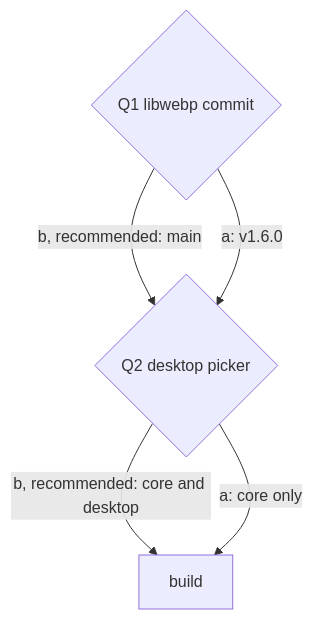
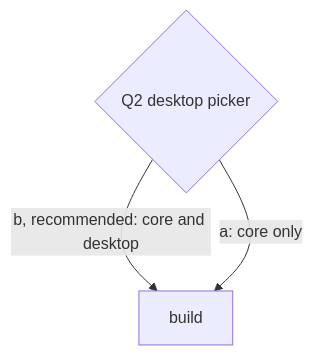
The first of 6 diagrams in plans/2026-11-22-core-webp-decoding.md (simplex-chat/simplex-chat), drawn with Mermaid before and after one commit. The commit also changed other lines of this file, not shown here.

Commit message:
docs: decide libwebp 1.6.0 and the limits of WebP decoding in the plan

````diff
--- a/plans/2026-11-22-core-webp-decoding.md
+++ b/plans/2026-11-22-core-webp-decoding.md
@@ -102,7 +105,5 @@
 ```mermaid
 flowchart TD
-  Q1{"Q1 libwebp commit"} -->|"b, recommended: main"| Q2{"Q2 desktop picker"}
-  Q1 -->|"a: v1.6.0"| Q2
-  Q2 -->|"b, recommended: core and desktop"| B["build"]
+  Q2{"Q2 desktop picker"} -->|"b, recommended: core and desktop"| B["build"]
   Q2 -->|"a: core only"| B
 ```
````
